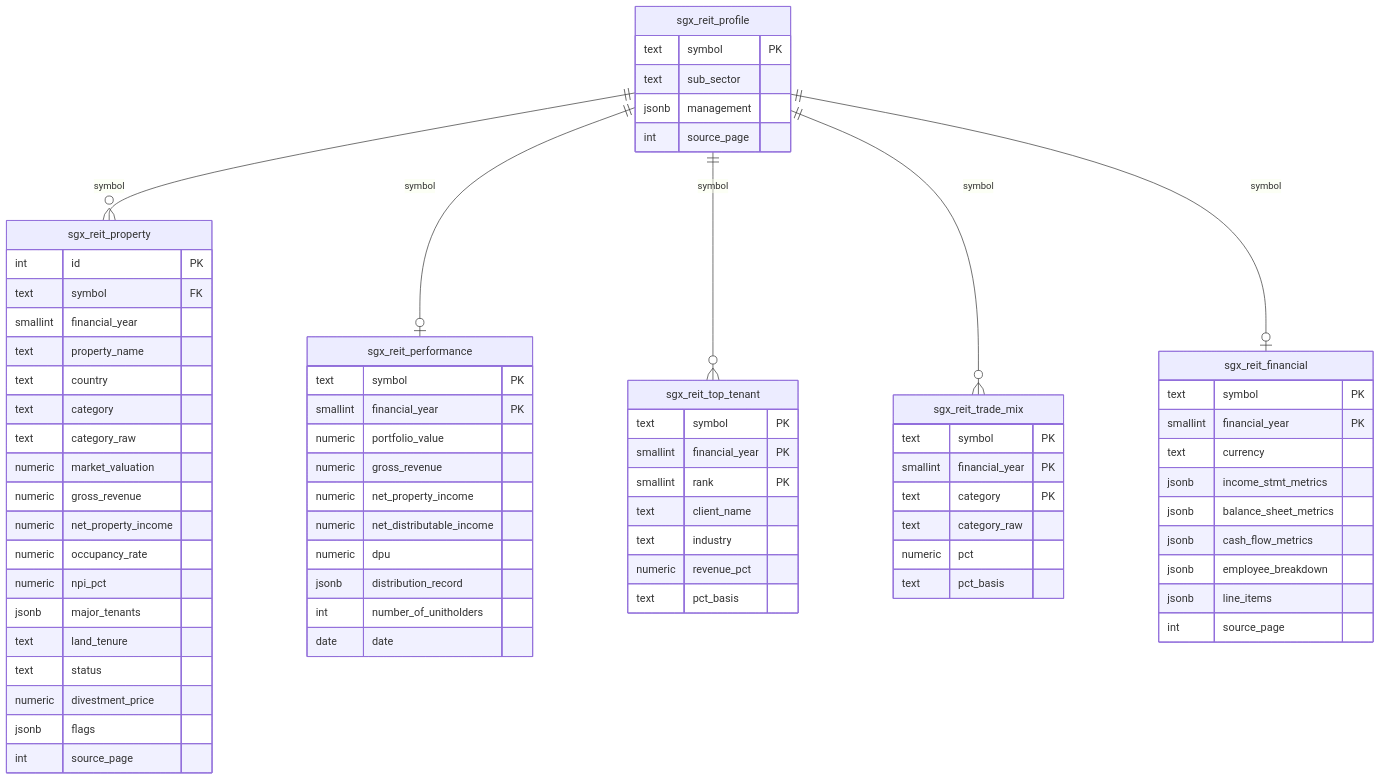
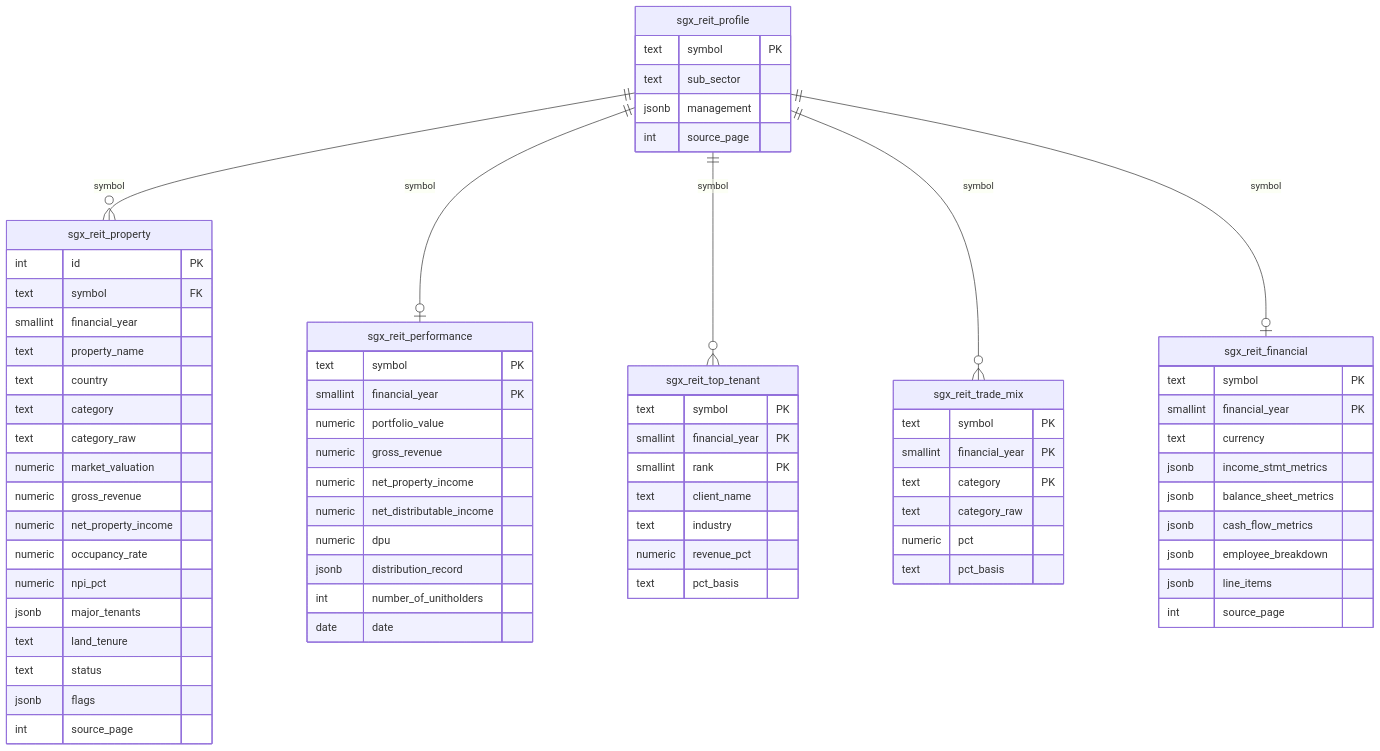
The second of 2 diagrams in docs/reits_db_handoff/README.md (emrsyah/sg_reits), drawn with Mermaid before and after one commit. The commit also changed other lines of this file and 116 other files, not shown here.

````diff
--- a/docs/reits_db_handoff/README.md
+++ b/docs/reits_db_handoff/README.md
@@ -74,75 +74,74 @@
 ```mermaid
 erDiagram
   sgx_reit_profile     ||--o{ sgx_reit_property     : "symbol"
   sgx_reit_profile     ||--o| sgx_reit_performance  : "symbol"
   sgx_reit_profile     ||--o{ sgx_reit_top_tenant   : "symbol"
   sgx_reit_profile     ||--o{ sgx_reit_trade_mix    : "symbol"
   sgx_reit_profile     ||--o| sgx_reit_financial    : "symbol"
 
   sgx_reit_profile {
     text  symbol PK
     text  sub_sector
     jsonb management
     int   source_page
   }
   sgx_reit_property {
     int      id PK
     text     symbol FK
     smallint financial_year
     text     property_name
     text     country
     text     category
     text     category_raw
     numeric  market_valuation
     numeric  gross_revenue
     numeric  net_property_income
     numeric  occupancy_rate
     numeric  npi_pct
     jsonb    major_tenants
     text     land_tenure
     text     status
-    numeric  divestment_price
     jsonb    flags
     int      source_page
   }
   sgx_reit_performance {
     text     symbol PK
     smallint financial_year PK
     numeric  portfolio_value
     numeric  gross_revenue
     numeric  net_property_income
     numeric  net_distributable_income
     numeric  dpu
     jsonb    distribution_record
     int      number_of_unitholders
     date     date
   }
   sgx_reit_top_tenant {
     text     symbol PK
     smallint financial_year PK
     smallint rank PK
     text     client_name
     text     industry
     numeric  revenue_pct
     text     pct_basis
   }
   sgx_reit_trade_mix {
     text     symbol PK
     smallint financial_year PK
     text     category PK
     text     category_raw
     numeric  pct
     text     pct_basis
   }
   sgx_reit_financial {
     text     symbol PK
     smallint financial_year PK
     text     currency
     jsonb    income_stmt_metrics
     jsonb    balance_sheet_metrics
     jsonb    cash_flow_metrics
     jsonb    employee_breakdown
     jsonb    line_items
     int      source_page
   }
 ```
````
